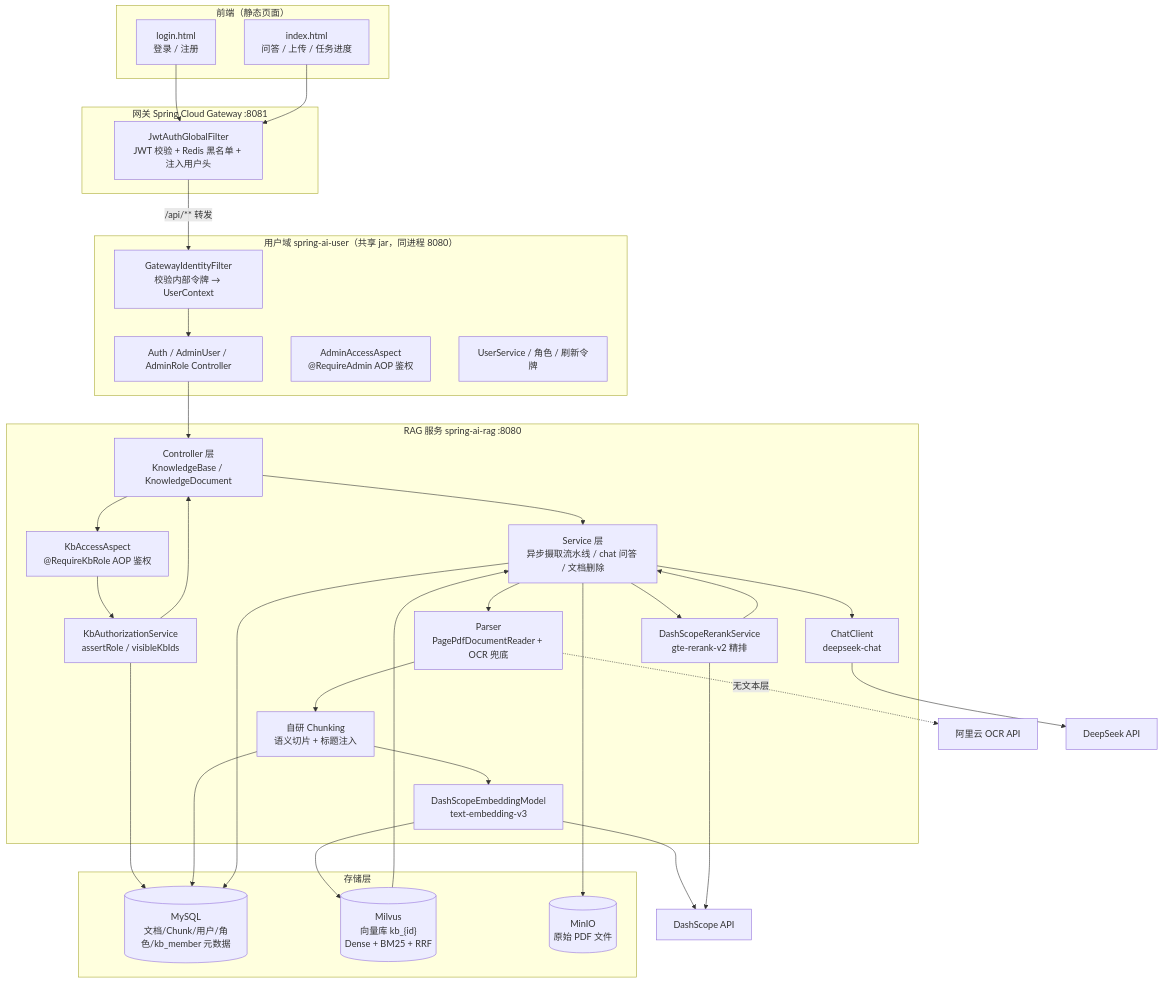
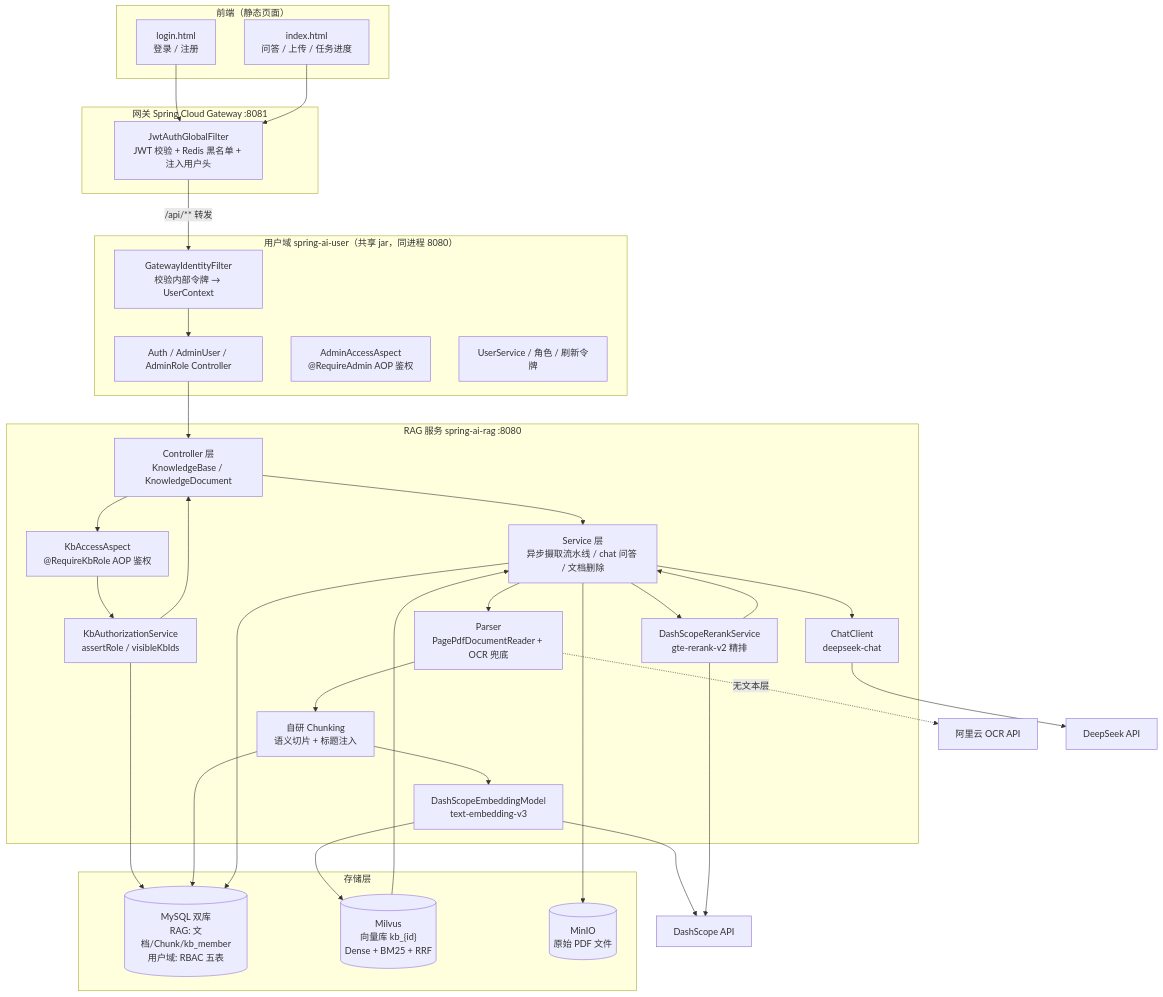
The diagram in README.md (wjklovemmy/spring-ai-rag-demo), drawn with Mermaid before and after one commit. The commit also changed other lines of this file and 25 other files, not shown here.

````diff
--- a/README.md
+++ b/README.md
@@ -49,60 +49,60 @@
 ```mermaid
 graph TB
     subgraph Frontend["前端（静态页面）"]
         LOGIN["login.html<br/>登录 / 注册"]
         INDEX["index.html<br/>问答 / 上传 / 任务进度"]
     end
 
     subgraph Gateway["网关 Spring Cloud Gateway :8081"]
         GWAUTH["JwtAuthGlobalFilter<br/>JWT 校验 + Redis 黑名单 + 注入用户头"]
     end
 
     subgraph User["用户域 spring-ai-user（共享 jar，同进程 8080）"]
         GATE_ID["GatewayIdentityFilter<br/>校验内部令牌 → UserContext"]
         USERCTRL["Auth / AdminUser / AdminRole Controller"]
         ADMINASPECT["AdminAccessAspect<br/>@RequireAdmin AOP 鉴权"]
         USERSVC["UserService / 角色 / 刷新令牌"]
     end
 
     subgraph Backend["RAG 服务 spring-ai-rag :8080"]
         CTRL["Controller 层<br/>KnowledgeBase / KnowledgeDocument"]
         ASPECT["KbAccessAspect<br/>@RequireKbRole AOP 鉴权"]
         AUTHZ["KbAuthorizationService<br/>assertRole / visibleKbIds"]
         SVC["Service 层<br/>异步摄取流水线 / chat 问答 / 文档删除"]
         PARSER["Parser<br/>PagePdfDocumentReader + OCR 兜底"]
         SPLIT["自研 Chunking<br/>语义切片 + 标题注入"]
         EMBED["DashScopeEmbeddingModel<br/>text-embedding-v3"]
         RERANK["DashScopeRerankService<br/>gte-rerank-v2 精排"]
         CHAT["ChatClient<br/>deepseek-chat"]
     end
 
     subgraph Storage["存储层"]
-        MYSQL[("MySQL<br/>文档/Chunk/用户/角色/kb_member 元数据")]
+        MYSQL[("MySQL 双库<br/>RAG: 文档/Chunk/kb_member<br/>用户域: RBAC 五表")]
         MILVUS[("Milvus<br/>向量库 kb_{id}<br/>Dense + BM25 + RRF")]
         MINIO[("MinIO<br/>原始 PDF 文件")]
     end
 
     OCRSVC["阿里云 OCR API"]
     AI["DeepSeek API"]
     DS["DashScope API"]
 
     LOGIN --> GWAUTH
     INDEX --> GWAUTH
     GWAUTH -->|/api/** 转发| GATE_ID
     GATE_ID --> USERCTRL
     USERCTRL --> CTRL
     CTRL --> ASPECT --> AUTHZ --> MYSQL
     AUTHZ --> CTRL
     CTRL --> SVC
     SVC --> PARSER --> SPLIT
     PARSER -.无文本层.-> OCRSVC
     SPLIT --> MYSQL
     SPLIT --> EMBED --> DS
     EMBED --> MILVUS
     SVC --> CHAT --> AI
     MILVUS --> SVC
     SVC --> RERANK --> DS
     RERANK --> SVC
     SVC --> MINIO
     SVC --> MYSQL
 ```
````
